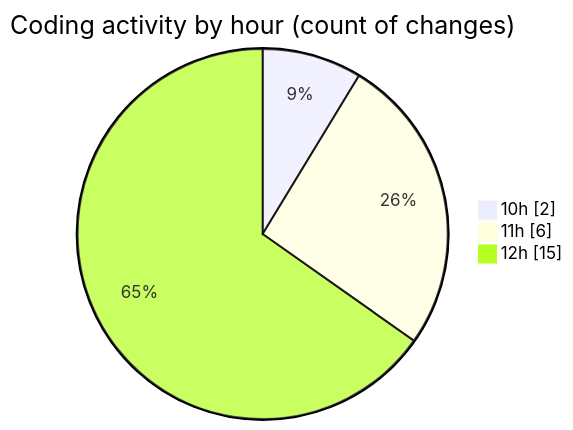
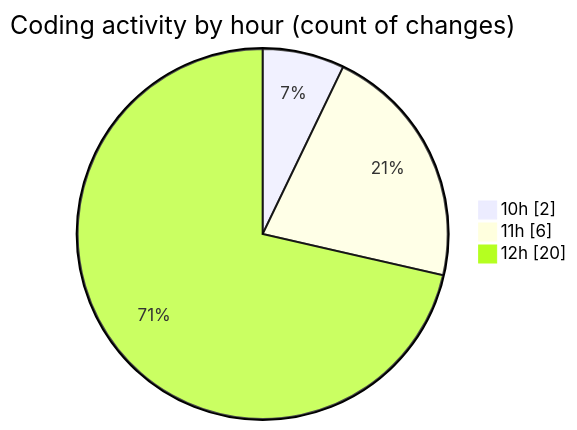
The second of 2 diagrams in 2025-10-22/eventscop-frontend-guide__workspace_/README.md (julien-gomy/code-tracking), drawn with Mermaid before and after one commit. The commit also changed other lines of this file and 1 other file, not shown here.

````diff
--- a/2025-10-22/eventscop-frontend-guide__workspace_/README.md
+++ b/2025-10-22/eventscop-frontend-guide__workspace_/README.md
@@ -35,7 +35,7 @@
 ```mermaid
 pie showData
 title Coding activity by hour (count of changes)
 "10h" : 2
 "11h" : 6
-"12h" : 15
+"12h" : 20
 ```
````
